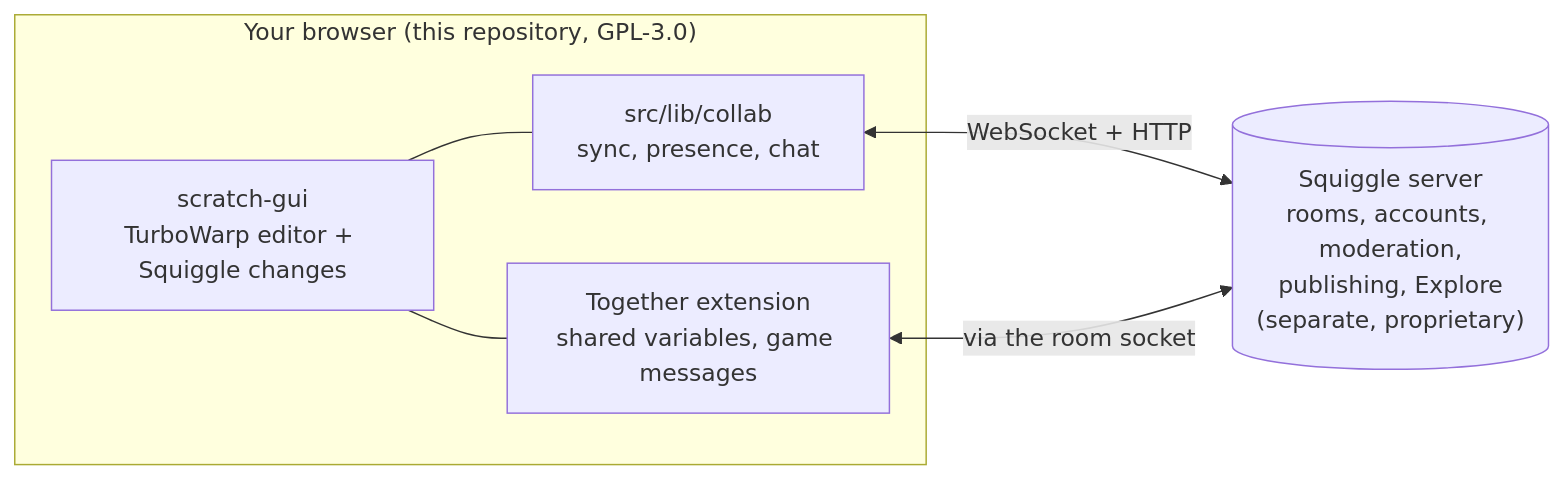
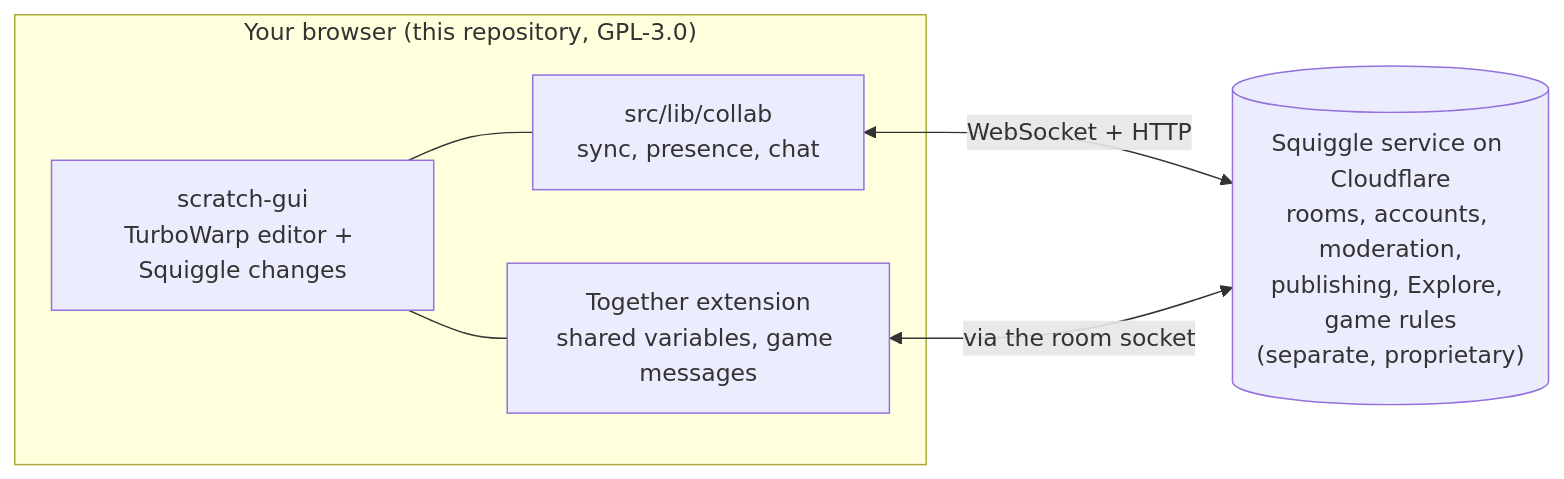
The diagram in README.md (Nickalus12/SquiggleGames), drawn with Mermaid before and after one commit. The commit also changed other lines of this file and 4 other files, not shown here.

````diff
--- a/README.md
+++ b/README.md
@@ -51,13 +62,13 @@
 ```mermaid
 flowchart LR
   subgraph browser["Your browser (this repository, GPL-3.0)"]
     gui["scratch-gui<br/>TurboWarp editor + Squiggle changes"]
     collab["src/lib/collab<br/>sync, presence, chat"]
     together["Together extension<br/>shared variables, game messages"]
     gui --- collab
     gui --- together
   end
-  server[("Squiggle server<br/>rooms, accounts, moderation,<br/>publishing, Explore<br/>(separate, proprietary)")]
+  server[("Squiggle service on Cloudflare<br/>rooms, accounts, moderation,<br/>publishing, Explore, game rules<br/>(separate, proprietary)")]
   collab <-->|"WebSocket + HTTP"| server
   together <-->|"via the room socket"| server
 ```
````
